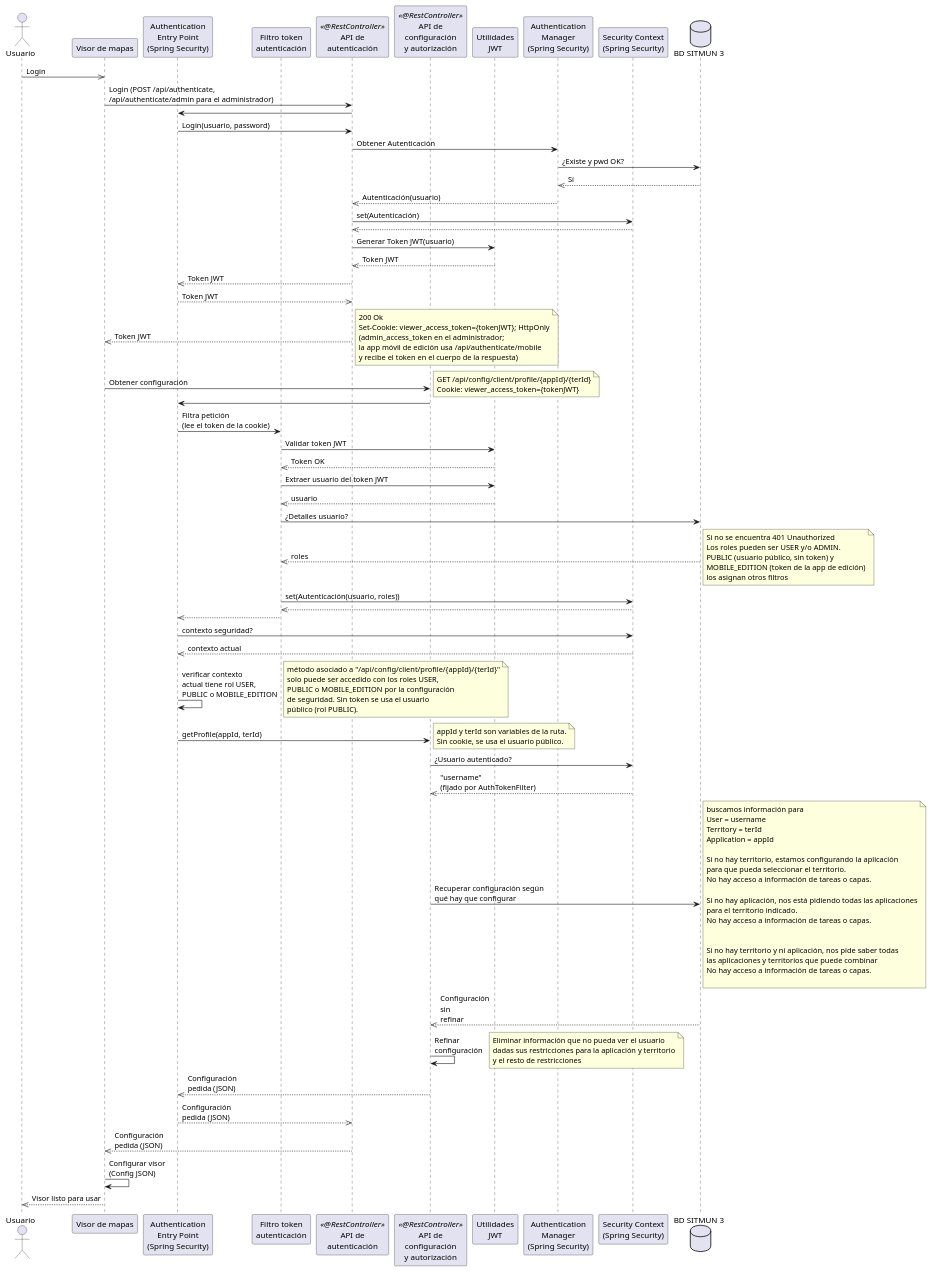
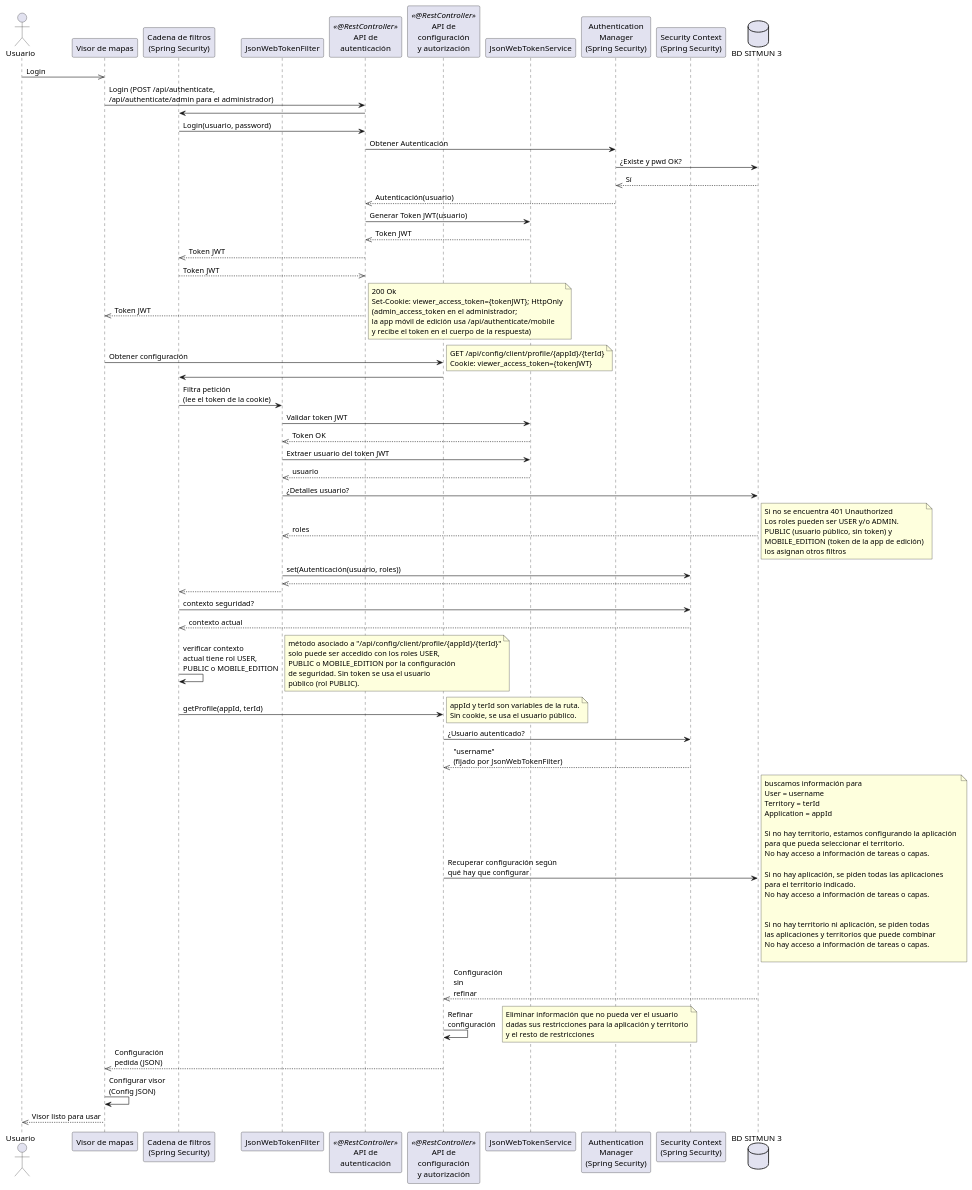
Before and after one commit to sitmun/sitmun.github.io: the second of 6 diagrams in docs/que-es-sitmun/plataforma/arquitectura/index.md, drawn with PlantUML. The commit also changed other lines of this file and 18 other files, not shown here.

First line of the commit message:
docs: round 7 guide, developer-diagram and tone fixes

```diff
--- a/docs/que-es-sitmun/plataforma/arquitectura/index.md
+++ b/docs/que-es-sitmun/plataforma/arquitectura/index.md
@@ -339,29 +339,27 @@
 
 actor Usuario
 participant "Visor de mapas" as Client
-participant "Authentication\nEntry Point\n(Spring Security)" as AuthenticationEntryPoint
-participant "Filtro token\nautenticación" as AuthTokenFilter
+participant "Cadena de filtros\n(Spring Security)" as FilterChain
+participant "JsonWebTokenFilter" as JsonWebTokenFilter
 participant "API de\nautenticación" as AuthenticationAPI <<@RestController>>
 participant "API de\nconfiguración\ny autorización" as ConfigurationAPI <<@RestController>>
-participant "Utilidades\nJWT" as JWTUtils
+participant "JsonWebTokenService" as JsonWebTokenService
 participant "Authentication\nManager\n(Spring Security)" as AuthenticationManager
 participant "Security Context\n(Spring Security)" as SecurityContext
 database "BD SITMUN 3" as Database
 
 Usuario ->> Client: Login
 Client -> AuthenticationAPI: Login (POST /api/authenticate,\n/api/authenticate/admin para el administrador)
-AuthenticationAPI -> AuthenticationEntryPoint
-AuthenticationEntryPoint -> AuthenticationAPI: Login(usuario, password)
+AuthenticationAPI -> FilterChain
+FilterChain -> AuthenticationAPI: Login(usuario, password)
 AuthenticationAPI-> AuthenticationManager: Obtener Autenticación
 AuthenticationManager -> Database: ¿Existe y pwd OK?
 Database-->> AuthenticationManager: Sí
 AuthenticationManager -->> AuthenticationAPI: Autenticación(usuario)
-AuthenticationAPI -> SecurityContext: set(Autenticación)
-SecurityContext -->> AuthenticationAPI
-AuthenticationAPI -> JWTUtils: Generar Token JWT(usuario)
-JWTUtils -->> AuthenticationAPI: Token JWT
-AuthenticationAPI -->> AuthenticationEntryPoint: Token JWT
-AuthenticationEntryPoint -->> AuthenticationAPI: Token JWT
+AuthenticationAPI -> JsonWebTokenService: Generar Token JWT(usuario)
+JsonWebTokenService -->> AuthenticationAPI: Token JWT
+AuthenticationAPI -->> FilterChain: Token JWT
+FilterChain -->> AuthenticationAPI: Token JWT
 AuthenticationAPI -->> Client: Token JWT
 note right
 200 Ok
@@ -376,14 +374,14 @@
  Cookie: viewer_access_token={tokenJWT}
 end note
 
-ConfigurationAPI -> AuthenticationEntryPoint
-AuthenticationEntryPoint -> AuthTokenFilter: Filtra petición\n(lee el token de la cookie)
-AuthTokenFilter -> JWTUtils: Validar token JWT
-JWTUtils -->> AuthTokenFilter: Token OK
-AuthTokenFilter -> JWTUtils: Extraer usuario del token JWT
-JWTUtils -->> AuthTokenFilter: usuario
-AuthTokenFilter-> Database: ¿Detalles usuario?
-Database -->> AuthTokenFilter: roles
+ConfigurationAPI -> FilterChain
+FilterChain -> JsonWebTokenFilter: Filtra petición\n(lee el token de la cookie)
+JsonWebTokenFilter -> JsonWebTokenService: Validar token JWT
+JsonWebTokenService -->> JsonWebTokenFilter: Token OK
+JsonWebTokenFilter -> JsonWebTokenService: Extraer usuario del token JWT
+JsonWebTokenService -->> JsonWebTokenFilter: usuario
+JsonWebTokenFilter-> Database: ¿Detalles usuario?
+Database -->> JsonWebTokenFilter: roles
 note right
   Si no se encuentra 401 Unauthorized
   Los roles pueden ser USER y/o ADMIN.
@@ -391,12 +389,12 @@
   MOBILE_EDITION (token de la app de edición)
   los asignan otros filtros
 end note
-AuthTokenFilter -> SecurityContext: set(Autenticación(usuario, roles))
-SecurityContext -->> AuthTokenFilter
-AuthTokenFilter -->> AuthenticationEntryPoint
-AuthenticationEntryPoint -> SecurityContext: contexto seguridad?
-SecurityContext -->> AuthenticationEntryPoint: contexto actual
-AuthenticationEntryPoint -> AuthenticationEntryPoint: verificar contexto\nactual tiene rol USER,\nPUBLIC o MOBILE_EDITION
+JsonWebTokenFilter -> SecurityContext: set(Autenticación(usuario, roles))
+SecurityContext -->> JsonWebTokenFilter
+JsonWebTokenFilter -->> FilterChain
+FilterChain -> SecurityContext: contexto seguridad?
+SecurityContext -->> FilterChain: contexto actual
+FilterChain -> FilterChain: verificar contexto\nactual tiene rol USER,\nPUBLIC o MOBILE_EDITION
 note right
   método asociado a "/api/config/client/profile/{appId}/{terId}"
   solo puede ser accedido con los roles USER,
@@ -404,13 +402,13 @@
   de seguridad. Sin token se usa el usuario
   público (rol PUBLIC).
 end note
-AuthenticationEntryPoint -> ConfigurationAPI: getProfile(appId, terId)
+FilterChain -> ConfigurationAPI: getProfile(appId, terId)
 note right
   appId y terId son variables de la ruta.
   Sin cookie, se usa el usuario público.
 end note
 ConfigurationAPI -> SecurityContext: ¿Usuario autenticado?
-SecurityContext -->> ConfigurationAPI: "username"\n(fijado por AuthTokenFilter)
+SecurityContext -->> ConfigurationAPI: "username"\n(fijado por JsonWebTokenFilter)
 ConfigurationAPI -> Database: Recuperar configuración según\nqué hay que configurar
 note right
   buscamos información para 
@@ -422,12 +420,12 @@
   para que pueda seleccionar el territorio. 
   No hay acceso a información de tareas o capas.
   
-  Si no hay aplicación, nos está pidiendo todas las aplicaciones
+  Si no hay aplicación, se piden todas las aplicaciones
   para el territorio indicado.
   No hay acceso a información de tareas o capas.
 
 
-  Si no hay territorio y ni aplicación, nos pide saber todas 
+  Si no hay territorio ni aplicación, se piden todas 
   las aplicaciones y territorios que puede combinar
   No hay acceso a información de tareas o capas.
 
@@ -439,9 +437,7 @@
   dadas sus restricciones para la aplicación y territorio
   y el resto de restricciones
 end note
-ConfigurationAPI -->> AuthenticationEntryPoint: Configuración\npedida (JSON)
-AuthenticationEntryPoint -->> AuthenticationAPI: Configuración\npedida (JSON)
-AuthenticationAPI -->> Client: Configuración\npedida (JSON)
+ConfigurationAPI -->> Client: Configuración\npedida (JSON)
 Client -> Client: Configurar visor\n(Config JSON)
 Client -->> Usuario: Visor listo para usar
 
```
